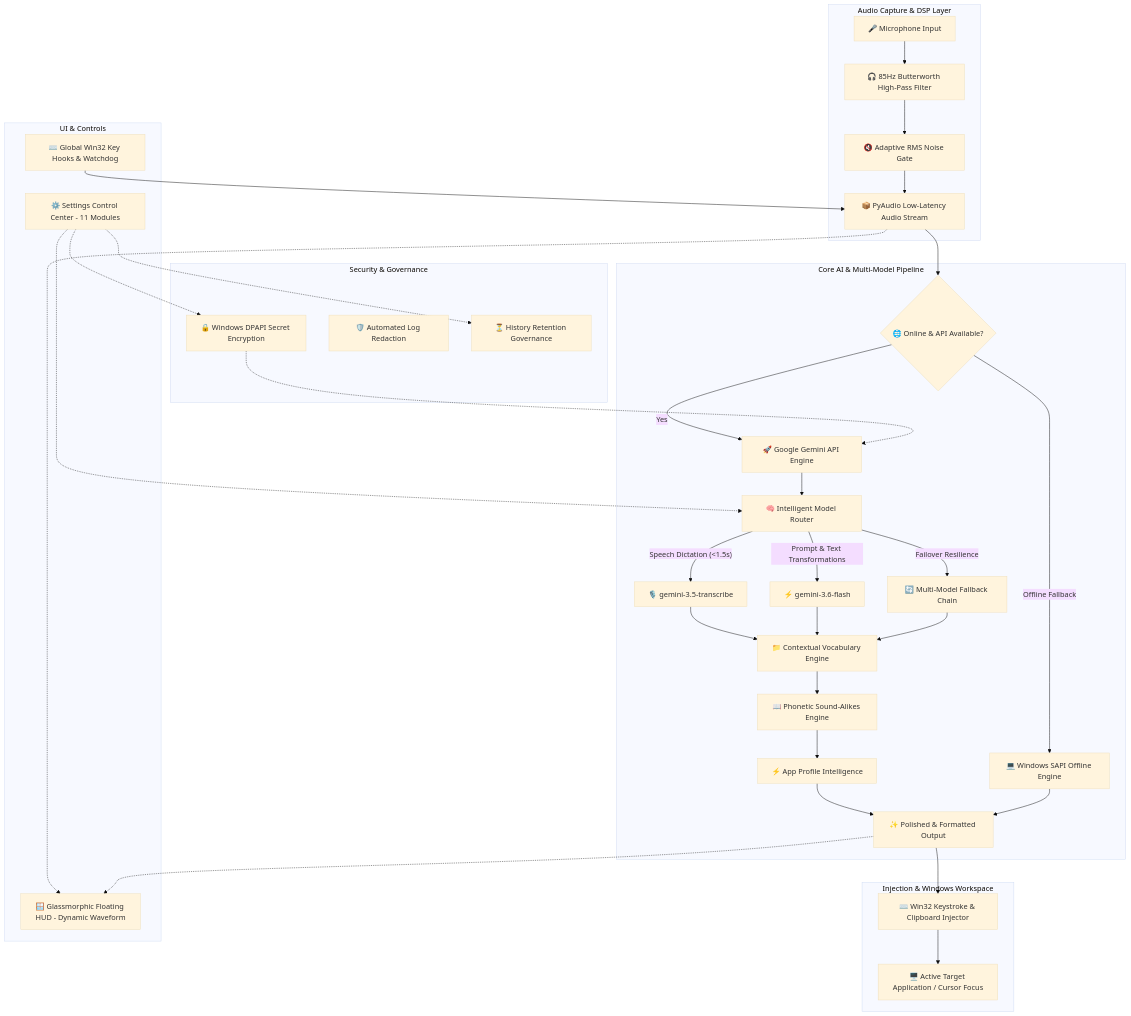
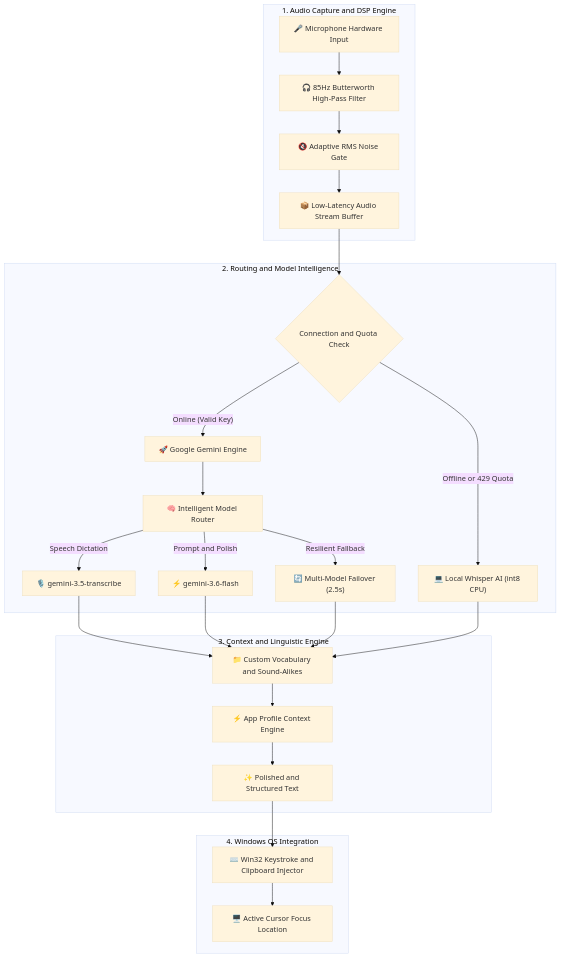
The diagram in README.md (SriniwasAwasthi/gemini-flow), drawn with Mermaid (base theme) before and after one commit.

Commit message:
fix(docs): resolve GitHub Mermaid 'Unable to render rich display' syntax error in System Architecture diagram

````diff
--- a/README.md
+++ b/README.md
@@ -161,53 +161,33 @@
 ```mermaid
 flowchart TD
-    subgraph Audio_Capture ["Audio Capture & DSP Layer"]
-        A["🎤 Microphone Input"] --> B["🎧 85Hz Butterworth High-Pass Filter"]
+    subgraph Audio ["1. Audio Capture and DSP Engine"]
+        A["🎤 Microphone Hardware Input"] --> B["🎧 85Hz Butterworth High-Pass Filter"]
         B --> C["🔇 Adaptive RMS Noise Gate"]
-        C --> D["📦 PyAudio Low-Latency Audio Stream"]
+        C --> D["📦 Low-Latency Audio Stream Buffer"]
     end
 
-    subgraph Core_AI ["Core AI & Multi-Model Pipeline"]
-        D --> E{"🌐 Online & API Available?"}
-        E -->|"Yes"| F["🚀 Google Gemini API Engine"]
-        E -->|"Offline Fallback"| G["💻 Windows SAPI Offline Engine"]
+    subgraph Routing ["2. Routing and Model Intelligence"]
+        D --> E{"Connection and Quota Check"}
+        E -->|"Online (Valid Key)"| F["🚀 Google Gemini Engine"]
+        E -->|"Offline or 429 Quota"| G["💻 Local Whisper AI (int8 CPU)"]
         
         F --> H["🧠 Intelligent Model Router"]
-        H -->|"Speech Dictation (<1.5s)"| I["🎙️ gemini-3.5-transcribe"]
-        H -->|"Prompt & Text Transformations"| J["⚡ gemini-3.6-flash"]
-        H -->|"Failover Resilience"| K["🔄 Multi-Model Fallback Chain"]
-        
-        I --> L["📁 Contextual Vocabulary Engine"]
+        H -->|"Speech Dictation"| I["🎙️ gemini-3.5-transcribe"]
+        H -->|"Prompt and Polish"| J["⚡ gemini-3.6-flash"]
+        H -->|"Resilient Fallback"| K["🔄 Multi-Model Failover (2.5s)"]
+    end
+
+    subgraph Processing ["3. Context and Linguistic Engine"]
+        I --> L["📁 Custom Vocabulary and Sound-Alikes"]
         J --> L
         K --> L
-        
-        L --> M["📖 Phonetic Sound-Alikes Engine"]
-        M --> N["⚡ App Profile Intelligence"]
-        N --> O["✨ Polished & Formatted Output"]
-        G --> O
+        G --> L
+        L --> M["⚡ App Profile Context Engine"]
+        M --> N["✨ Polished and Structured Text"]
     end
 
-    subgraph Injection_Layer ["Injection & Windows Workspace"]
-        O --> P["⌨️ Win32 Keystroke & Clipboard Injector"]
-        P --> Q["🖥️ Active Target Application / Cursor Focus"]
+    subgraph Injection ["4. Windows OS Integration"]
+        N --> O["⌨️ Win32 Keystroke and Clipboard Injector"]
+        O --> P["🖥️ Active Cursor Focus Location"]
     end
-
-    subgraph UI_Layer ["UI & Controls"]
-        R["🪟 Glassmorphic Floating HUD - Dynamic Waveform"]
-        S["⚙️ Settings Control Center - 11 Modules"]
-        T["⌨️ Global Win32 Key Hooks & Watchdog"]
-    end
-
-    subgraph Security_Layer ["Security & Governance"]
-        U["🔒 Windows DPAPI Secret Encryption"]
-        V["🛡️ Automated Log Redaction"]
-        W["⏳ History Retention Governance"]
-    end
-
-    T --> D
-    D -.-> R
-    O -.-> R
-    S -.-> H
-    S -.-> U
-    S -.-> W
-    U -.-> F
 ```
````
